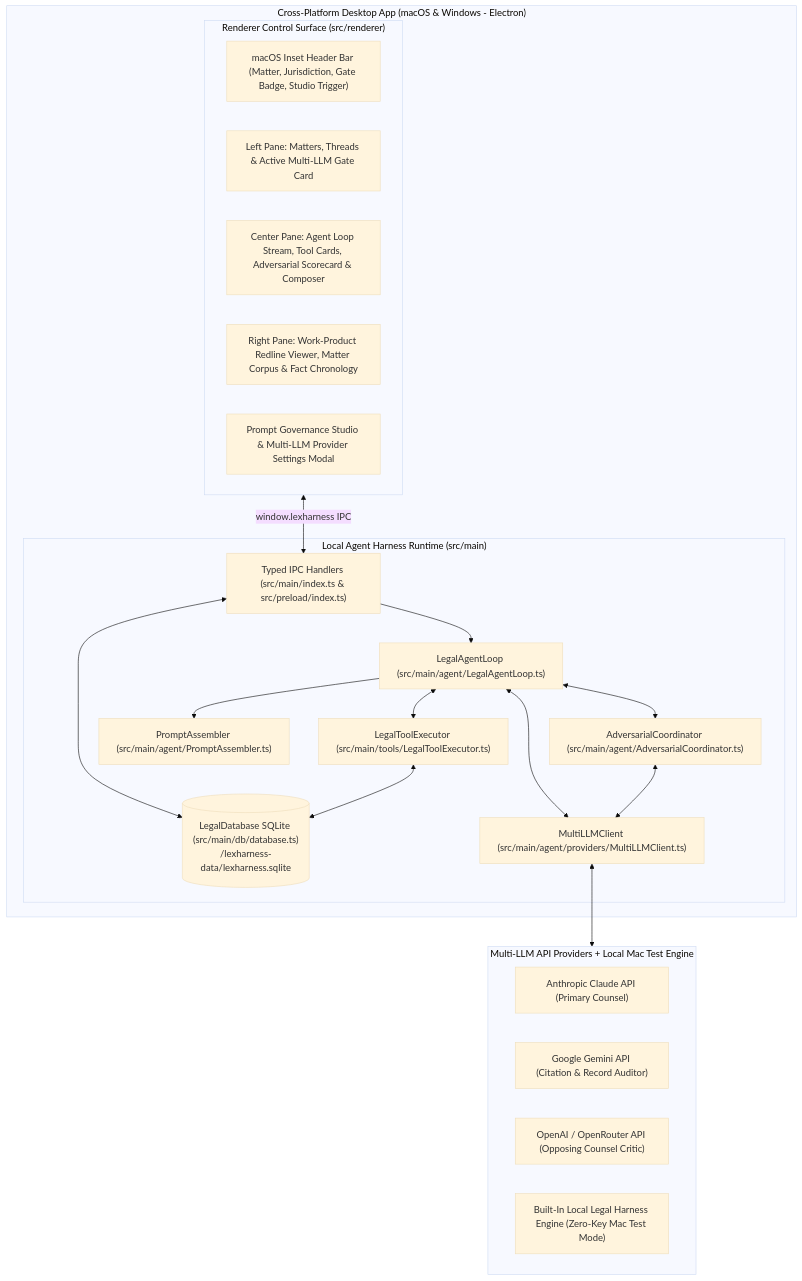
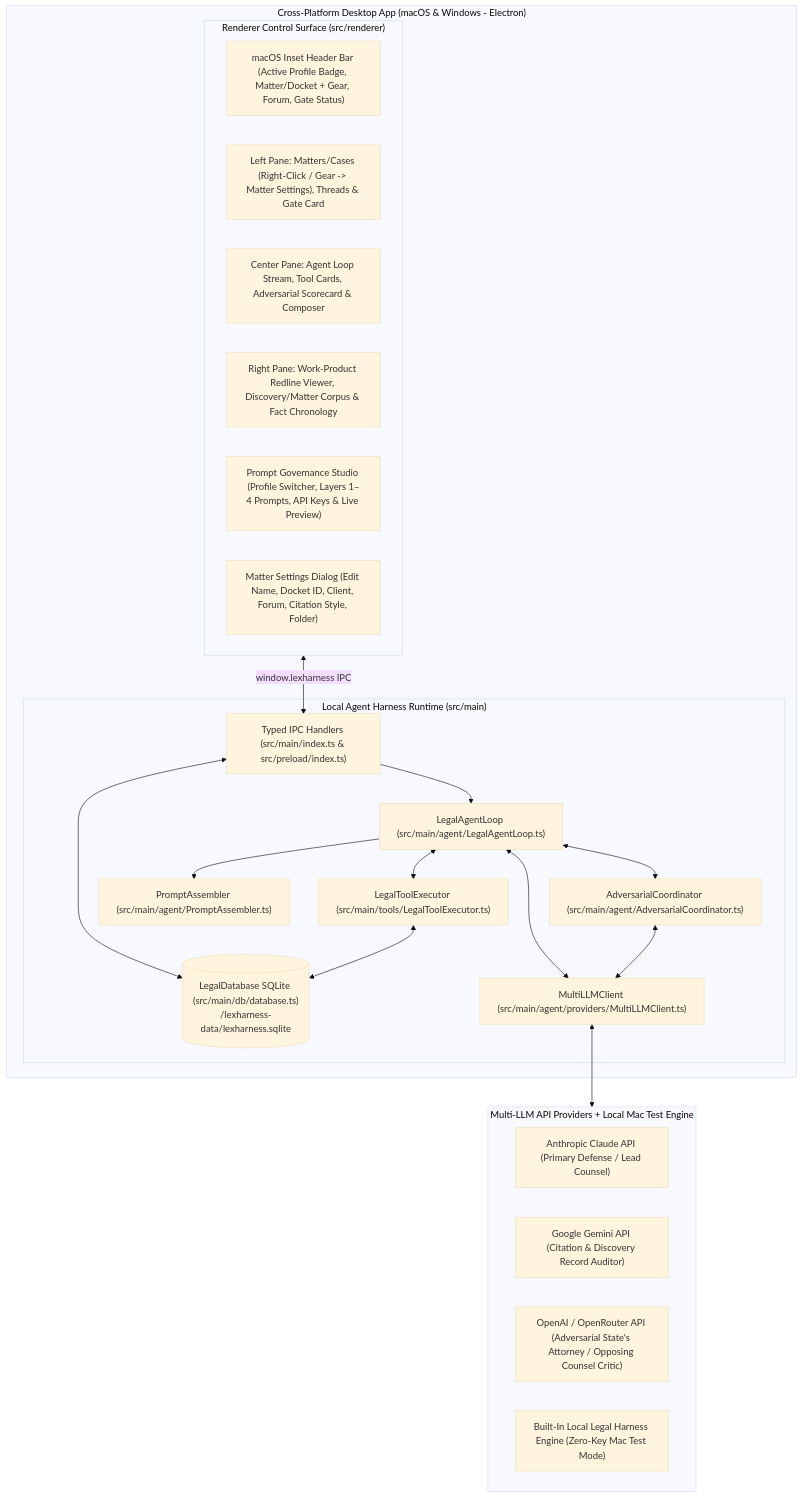
Before and after one commit to bentito/free-legal-assist: the diagram in docs/PLAN.md, drawn with Mermaid (base theme). The commit also changed other lines of this file and 14 other files, not shown here.

Commit message:
feat: add Vermont Criminal Defense Lawyer default profile, General Legal Practice profile, and right-click Matter Settings dialog

````diff
--- a/docs/PLAN.md
+++ b/docs/PLAN.md
@@ -17,40 +20,41 @@
 ```mermaid
 flowchart TB
     subgraph Desktop["Cross-Platform Desktop App (macOS & Windows - Electron)"]
         subgraph UI["Renderer Control Surface (src/renderer)"]
-            Header["macOS Inset Header Bar (Matter, Jurisdiction, Gate Badge, Studio Trigger)"]
-            LeftSidebar["Left Pane: Matters, Threads & Active Multi-LLM Gate Card"]
+            Header["macOS Inset Header Bar (Active Profile Badge, Matter/Docket + Gear, Forum, Gate Status)"]
+            LeftSidebar["Left Pane: Matters/Cases (Right-Click / Gear -> Matter Settings), Threads & Gate Card"]
             CenterStream["Center Pane: Agent Loop Stream, Tool Cards, Adversarial Scorecard & Composer"]
-            RightPane["Right Pane: Work-Product Redline Viewer, Matter Corpus & Fact Chronology"]
-            StudioModal["Prompt Governance Studio & Multi-LLM Provider Settings Modal"]
+            RightPane["Right Pane: Work-Product Redline Viewer, Discovery/Matter Corpus & Fact Chronology"]
+            StudioModal["Prompt Governance Studio (Profile Switcher, Layers 1–4 Prompts, API Keys & Live Preview)"]
+            MatterModal["Matter Settings Dialog (Edit Name, Docket ID, Client, Forum, Citation Style, Folder)"]
         end
 
         subgraph Core["Local Agent Harness Runtime (src/main)"]
             IPC["Typed IPC Handlers (src/main/index.ts & src/preload/index.ts)"]
             Orchestrator["LegalAgentLoop (src/main/agent/LegalAgentLoop.ts)"]
             PromptAssembler["PromptAssembler (src/main/agent/PromptAssembler.ts)"]
             AdversarialEngine["AdversarialCoordinator (src/main/agent/AdversarialCoordinator.ts)"]
             LLMClient["MultiLLMClient (src/main/agent/providers/MultiLLMClient.ts)"]
             ToolRunner["LegalToolExecutor (src/main/tools/LegalToolExecutor.ts)"]
             DB[("LegalDatabase SQLite (src/main/db/database.ts)\n<userData>/lexharness-data/lexharness.sqlite")]
         end
     end
 
     subgraph Providers["Multi-LLM API Providers + Local Mac Test Engine"]
-        Claude["Anthropic Claude API (Primary Counsel)"]
-        Gemini["Google Gemini API (Citation & Record Auditor)"]
-        OpenAI["OpenAI / OpenRouter API (Opposing Counsel Critic)"]
+        Claude["Anthropic Claude API (Primary Defense / Lead Counsel)"]
+        Gemini["Google Gemini API (Citation & Discovery Record Auditor)"]
+        OpenAI["OpenAI / OpenRouter API (Adversarial State's Attorney / Opposing Counsel Critic)"]
         Sim["Built-In Local Legal Harness Engine (Zero-Key Mac Test Mode)"]
     end
 
     UI <-->|window.lexharness IPC| IPC
     IPC <--> DB
     IPC --> Orchestrator
     Orchestrator --> PromptAssembler
     Orchestrator <--> ToolRunner
     ToolRunner <--> DB
     Orchestrator <--> LLMClient
     Orchestrator <--> AdversarialEngine
     AdversarialEngine <--> LLMClient
     LLMClient <--> Providers
 ```
````
